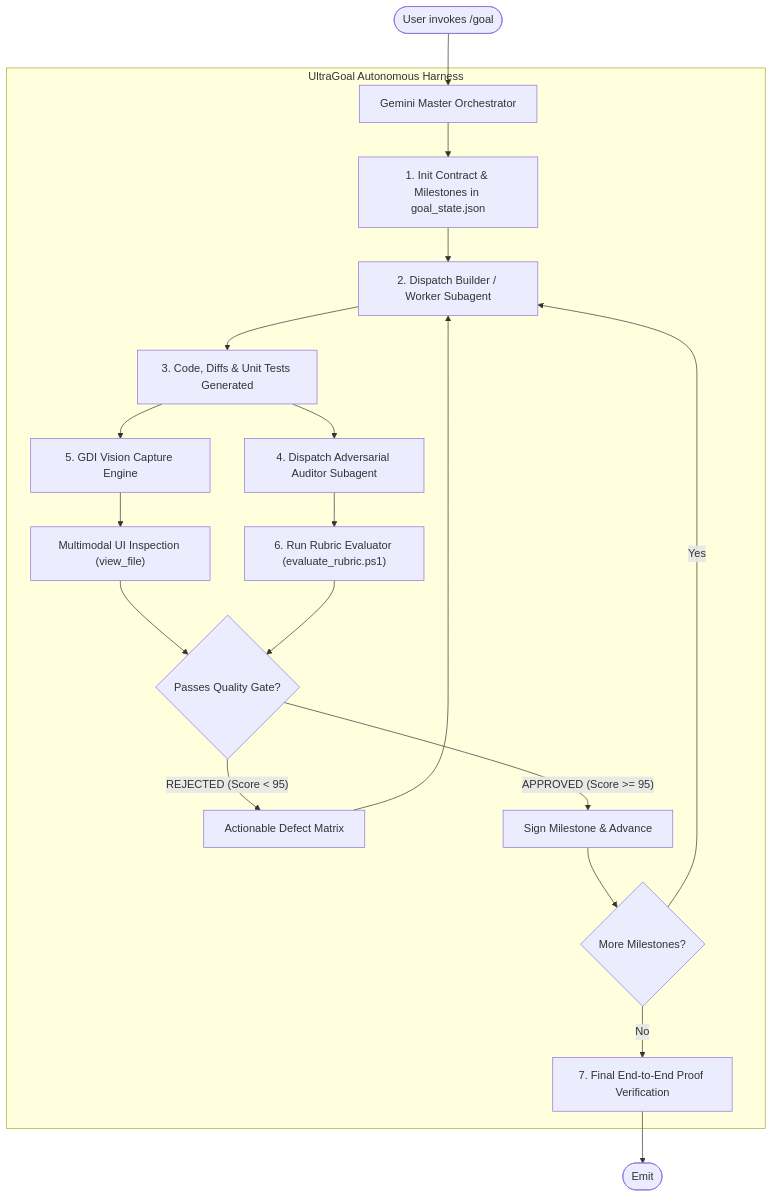
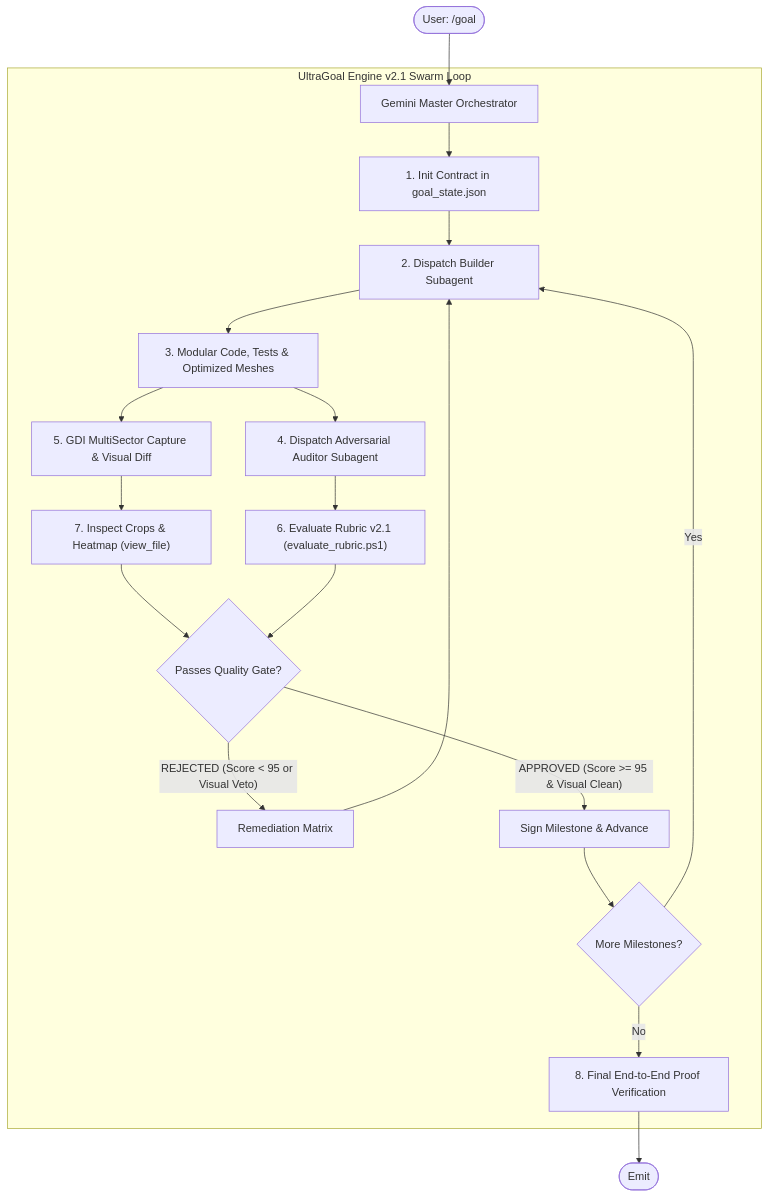
The second of 2 diagrams in README.md (BryanGM12/antigravity-ultra-goal), drawn with Mermaid before and after one commit. The commit also changed other lines of this file and 6 other files, not shown here.

Commit message:
feat(v2.1.0): implement Adversarial Visual Scrutiny (AVS), 1:1 multi-sector crops, interactive visual differencing (compare_visuals), and render performance anti-stutter gate

````diff
--- a/README.md
+++ b/README.md
@@ -44,29 +83,29 @@
 ```mermaid
 graph TD
-    User([User invokes /goal <objective>]) --> Orchestrator[Gemini Master Orchestrator]
+    User([User: /goal <task>]) --> Master[Gemini Master Orchestrator]
     
-    subgraph "UltraGoal Autonomous Harness"
-        Orchestrator --> StateInit[1. Init Contract & Milestones in goal_state.json]
-        StateInit --> Builder[2. Dispatch Builder / Worker Subagent]
-        Builder --> CodeArtifacts[3. Code, Diffs & Unit Tests Generated]
+    subgraph "UltraGoal Engine v2.1 Swarm Loop"
+        Master --> Init[1. Init Contract in goal_state.json]
+        Init --> Worker[2. Dispatch Builder Subagent]
+        Worker --> Build[3. Modular Code, Tests & Optimized Meshes]
         
-        CodeArtifacts --> Auditor[4. Dispatch Adversarial Auditor Subagent]
-        CodeArtifacts --> Vision[5. GDI Vision Capture Engine]
+        Build --> Critic[4. Dispatch Adversarial Auditor Subagent]
+        Build --> VisionGDI[5. GDI MultiSector Capture & Visual Diff]
         
-        Auditor --> Rubric["6. Run Rubric Evaluator (evaluate_rubric.ps1)"]
-        Vision --> VisualAudit["Multimodal UI Inspection (view_file)"]
+        Critic --> RubricScan["6. Evaluate Rubric v2.1 (evaluate_rubric.ps1)"]
+        VisionGDI --> VisualScrutiny["7. Inspect Crops & Heatmap (view_file)"]
         
-        VisualAudit --> Gate{Passes Quality Gate?}
-        Rubric --> Gate
+        VisualScrutiny --> Gate{Passes Quality Gate?}
+        RubricScan --> Gate
         
-        Gate -- "REJECTED (Score < 95)" --> RemediationList[Actionable Defect Matrix]
-        RemediationList --> Builder
+        Gate -- "REJECTED (Score < 95 or Visual Veto)" --> Remediation[Remediation Matrix]
+        Remediation --> Worker
         
-        Gate -- "APPROVED (Score >= 95)" --> Advance[Sign Milestone & Advance]
-        Advance --> MoreMilestones{More Milestones?}
-        MoreMilestones -- Yes --> Builder
-        MoreMilestones -- No --> E2E[7. Final End-to-End Proof Verification]
+        Gate -- "APPROVED (Score >= 95 & Visual Clean)" --> Advance[Sign Milestone & Advance]
+        Advance --> Next{More Milestones?}
+        Next -- Yes --> Worker
+        Next -- No --> E2E[8. Final End-to-End Proof Verification]
     end
     
     E2E --> Done([Emit <!-- GOAL_COMPLETE -->])
 ```
````
